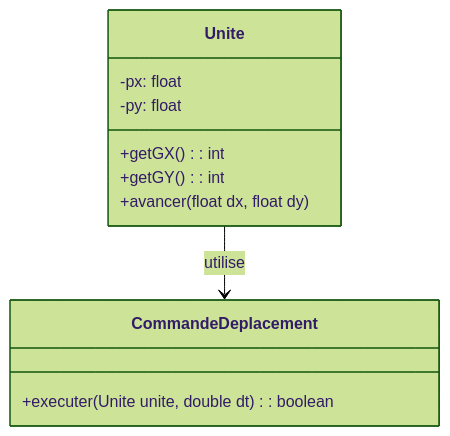
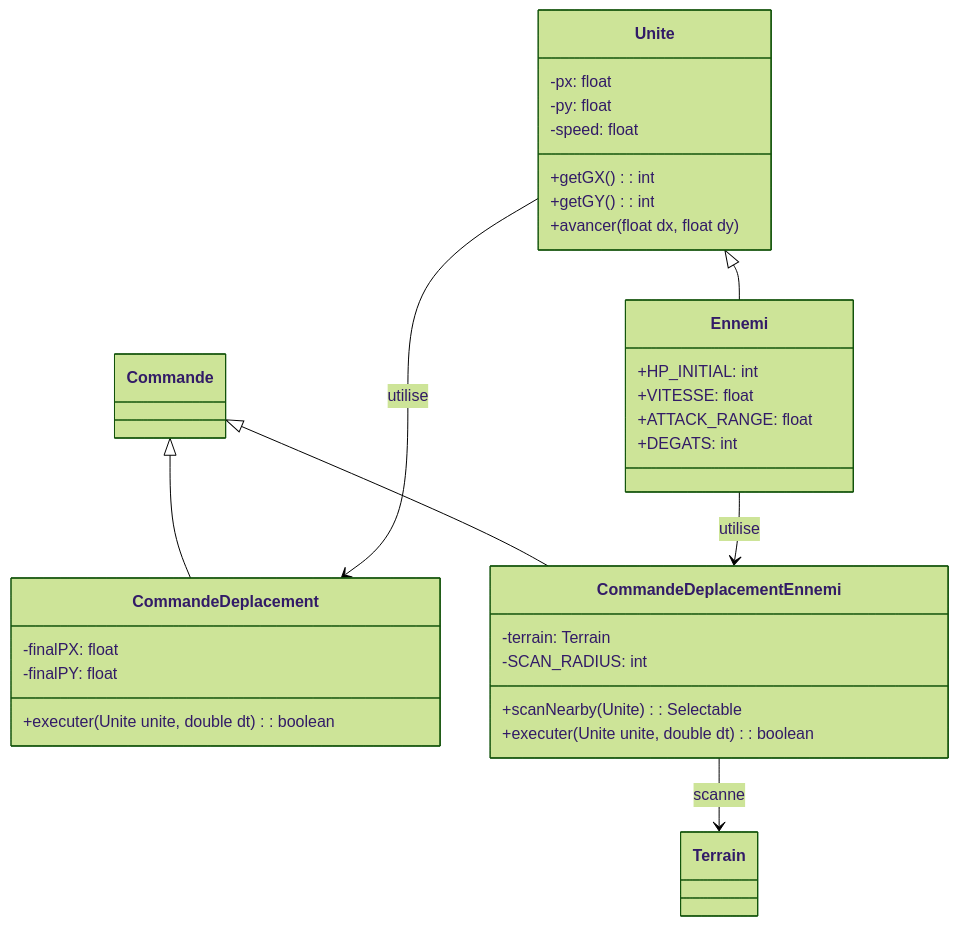
Before and after one commit to FattDoan/Projet-PCII-Groupe: the third of 21 diagrams in docs/Rapport.md, drawn with Mermaid (forest theme). The commit also changed other lines of this file, not shown here.

````diff
--- a/docs/Rapport.md
+++ b/docs/Rapport.md
@@ -302,14 +333,34 @@
 ```mermaid
 classDiagram
     class Unite {
         -px: float
         -py: float
+        -speed: float
         +getGX(): int
         +getGY(): int
         +avancer(float dx, float dy)
     }
+    class Ennemi {
+        +HP_INITIAL: int
+        +VITESSE: float
+        +ATTACK_RANGE: float
+        +DEGATS: int
+    }
     class CommandeDeplacement {
+        -finalPX: float
+        -finalPY: float
         +executer(Unite unite, double dt): boolean
     }
+    class CommandeDeplacementEnnemi {
+        -terrain: Terrain
+        -SCAN_RADIUS: int
+        +scanNearby(Unite): Selectable
+        +executer(Unite unite, double dt): boolean
+    }
+    Unite <|-- Ennemi
+    Commande <|-- CommandeDeplacement
+    Commande <|-- CommandeDeplacementEnnemi
+    CommandeDeplacementEnnemi --> Terrain : scanne
     Unite --> CommandeDeplacement : utilise
+    Ennemi --> CommandeDeplacementEnnemi : utilise
 ```
````
